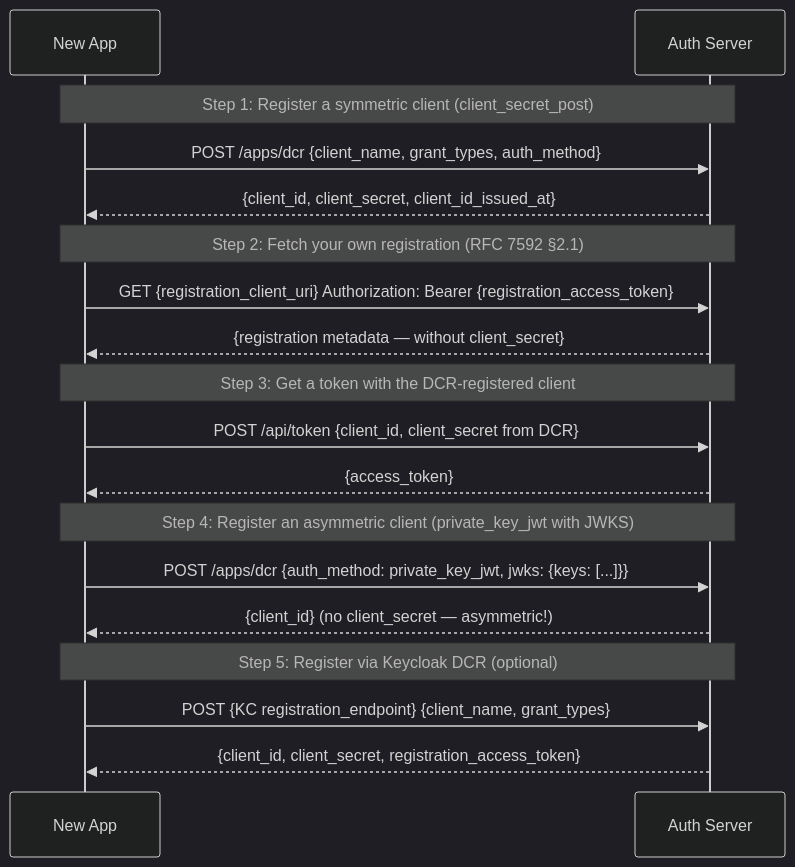
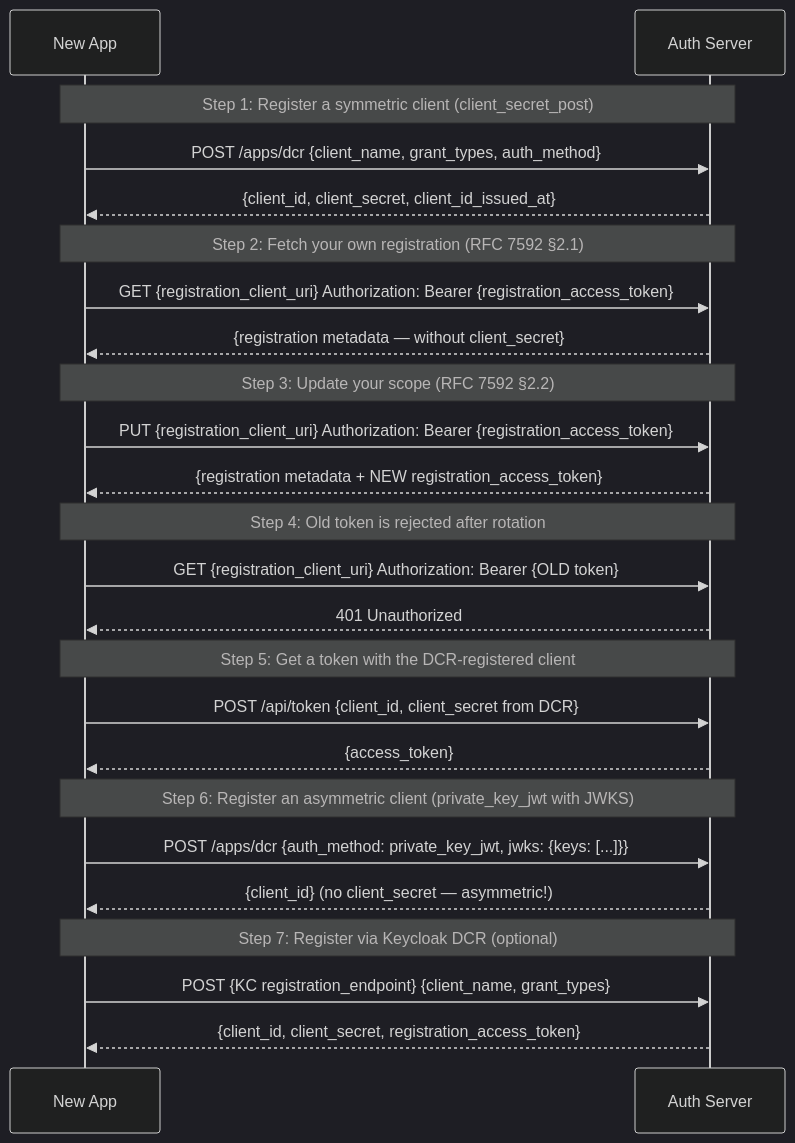
The diagram in examples/06-dynamic-client-registration/WALKTHROUGH.md (panyam/oneauth), drawn with Mermaid (dark theme) before and after one commit. The commit also changed other lines of this file and 13 other files, not shown here.

````diff
--- a/examples/06-dynamic-client-registration/WALKTHROUGH.md
+++ b/examples/06-dynamic-client-registration/WALKTHROUGH.md
@@ -15,25 +17,33 @@
 ```mermaid
 sequenceDiagram
     participant App as New App
     participant AS as Auth Server
 
     Note over App,AS: Step 1: Register a symmetric client (client_secret_post)
     App->>AS: POST /apps/dcr {client_name, grant_types, auth_method}
     AS-->>App: {client_id, client_secret, client_id_issued_at}
 
     Note over App,AS: Step 2: Fetch your own registration (RFC 7592 §2.1)
     App->>AS: GET {registration_client_uri}  Authorization: Bearer {registration_access_token}
     AS-->>App: {registration metadata — without client_secret}
 
-    Note over App,AS: Step 3: Get a token with the DCR-registered client
+    Note over App,AS: Step 3: Update your scope (RFC 7592 §2.2)
+    App->>AS: PUT {registration_client_uri}  Authorization: Bearer {registration_access_token}
+    AS-->>App: {registration metadata + NEW registration_access_token}
+
+    Note over App,AS: Step 4: Old token is rejected after rotation
+    App->>AS: GET {registration_client_uri}  Authorization: Bearer {OLD token}
+    AS-->>App: 401 Unauthorized
+
+    Note over App,AS: Step 5: Get a token with the DCR-registered client
     App->>AS: POST /api/token {client_id, client_secret from DCR}
     AS-->>App: {access_token}
 
-    Note over App,AS: Step 4: Register an asymmetric client (private_key_jwt with JWKS)
+    Note over App,AS: Step 6: Register an asymmetric client (private_key_jwt with JWKS)
     App->>AS: POST /apps/dcr {auth_method: private_key_jwt, jwks: {keys: [...]}}
     AS-->>App: {client_id} (no client_secret — asymmetric!)
 
-    Note over App,AS: Step 5: Register via Keycloak DCR (optional)
+    Note over App,AS: Step 7: Register via Keycloak DCR (optional)
     App->>AS: POST {KC registration_endpoint} {client_name, grant_types}
     AS-->>App: {client_id, client_secret, registration_access_token}
 ```
````
